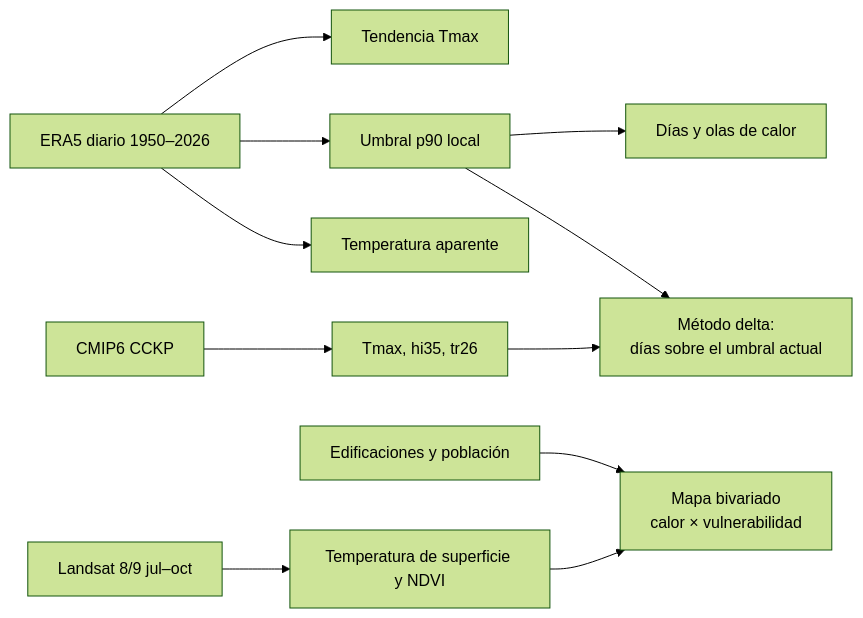
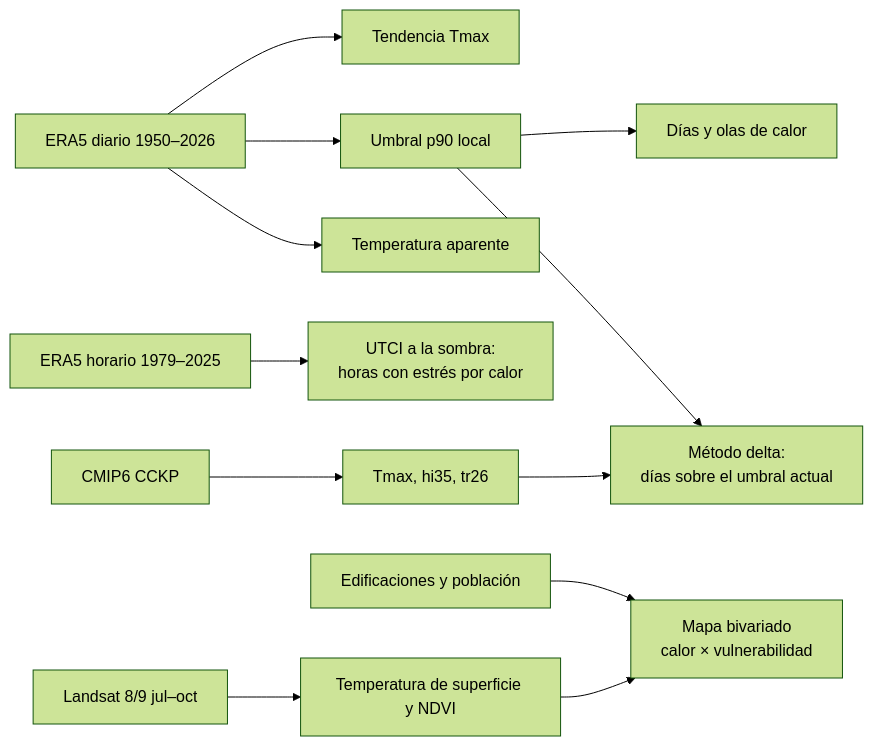
The diagram in book/03_analisis/34_calor/a_descripcion.md (mromerot/leticia), drawn with Mermaid (forest theme) before and after one commit. The commit also changed other lines of this file and 50 other files, not shown here.

````diff
--- a/book/03_analisis/34_calor/a_descripcion.md
+++ b/book/03_analisis/34_calor/a_descripcion.md
@@ -22,12 +22,13 @@
 ```{mermaid}
 flowchart LR
   ERA[ERA5 diario 1950–2026] --> TR[Tendencia Tmax]
   ERA --> U[Umbral p90 local] --> O[Días y olas de calor]
   ERA --> TA[Temperatura aparente]
+  ERAH[ERA5 horario 1979–2025] --> UT[UTCI a la sombra:<br/>horas con estrés por calor]
   L[Landsat 8/9 jul–oct] --> LST[Temperatura de superficie y NDVI]
   LST --> B[Mapa bivariado<br/>calor × vulnerabilidad]
   E[Edificaciones y población] --> B
   CCKP[CMIP6 CCKP] --> P[Tmax, hi35, tr26]
   P --> DEL[Método delta:<br/>días sobre el umbral actual]
   U --> DEL
 ```
````
